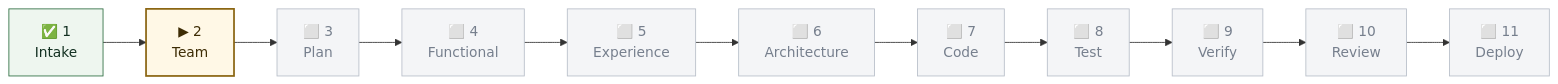
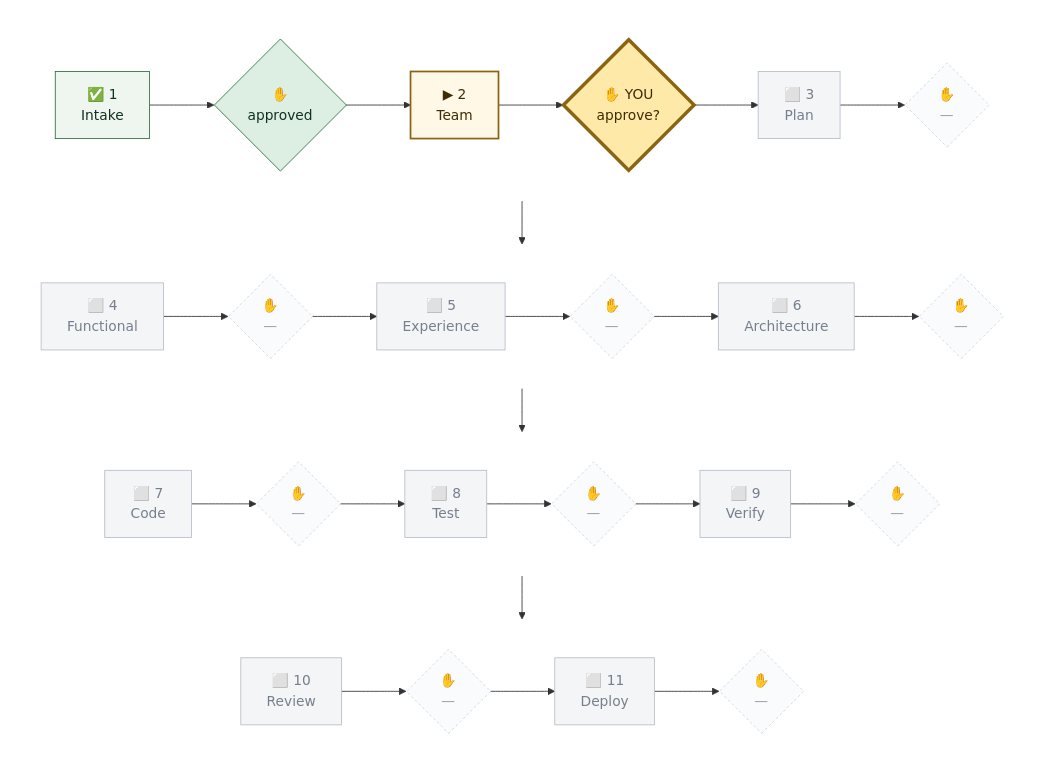
One commit to tandonakhil/AICluadeCode changed the first of 7 diagrams in admin/samples/PIPELINE_WALKTHROUGH.md. Above: the diagram before and after it, drawn with Mermaid. The commit also changed other lines of this file and 5 other files, not shown here.

First line of the commit message:
Graph: wrap at 7 boxes, human checkpoints as activated steps, mandatory control

````diff
--- a/admin/samples/PIPELINE_WALKTHROUGH.md
+++ b/admin/samples/PIPELINE_WALKTHROUGH.md
@@ -68,14 +68,41 @@
 ```mermaid
-flowchart LR
-  G1["✅ 1<br/>Intake"] --> G2["▶ 2<br/>Team"] --> G3["⬜ 3<br/>Plan"]
-  G3 --> G4["⬜ 4<br/>Functional"] --> G5["⬜ 5<br/>Experience"]
-  G5 --> G6["⬜ 6<br/>Architecture"] --> G7["⬜ 7<br/>Code"] --> G8["⬜ 8<br/>Test"]
-  G8 --> G9["⬜ 9<br/>Verify"] --> G10["⬜ 10<br/>Review"] --> G11["⬜ 11<br/>Deploy"]
-
+flowchart TB
+  subgraph r1 [" "]
+    direction LR
+    G1["✅ 1<br/>Intake"] --> H1{"✋<br/>approved"} --> G2["▶ 2<br/>Team"] --> H2{"✋ YOU<br/>approve?"} --> G3["⬜ 3<br/>Plan"] --> H3{"✋<br/>—"}
+  end
+  subgraph r2 [" "]
+    direction LR
+    G4["⬜ 4<br/>Functional"] --> H4{"✋<br/>—"} --> G5["⬜ 5<br/>Experience"] --> H5{"✋<br/>—"} --> G6["⬜ 6<br/>Architecture"] --> H6{"✋<br/>—"}
+  end
+  subgraph r3 [" "]
+    direction LR
+    G7["⬜ 7<br/>Code"] --> H7{"✋<br/>—"} --> G8["⬜ 8<br/>Test"] --> H8{"✋<br/>—"} --> G9["⬜ 9<br/>Verify"] --> H9{"✋<br/>—"}
+  end
+  subgraph r4 [" "]
+    direction LR
+    G10["⬜ 10<br/>Review"] --> H10{"✋<br/>—"} --> G11["⬜ 11<br/>Deploy"] --> H11{"✋<br/>—"}
+  end
+  H3 --> G4
+  H6 --> G7
+  H9 --> G10
   classDef done    fill:#eef6ef,stroke:#2f6f43,color:#123021
   classDef active  fill:#fff8e6,stroke:#8a6410,stroke-width:2px,color:#3d2c04
+  classDef looped  fill:#fdf0ec,stroke:#a3341f,stroke-width:2px,color:#3d1109
+  classDef warn    fill:#fff8e6,stroke:#8a6410,stroke-width:2px,color:#3d2c04
   classDef pending fill:#f4f5f7,stroke:#b8bfc9,color:#767f8d
+  classDef skipped fill:#f4f5f7,stroke:#b8bfc9,color:#767f8d,stroke-dasharray:4 3
+  classDef hdone   fill:#dcefe2,stroke:#2f6f43,color:#123021
+  classDef hwait   fill:#ffe9a8,stroke:#8a6410,stroke-width:4px,color:#3d2c04
+  classDef hpend   fill:#fafbfc,stroke:#cfd5dd,color:#98a1ad,stroke-dasharray:3 3
+  classDef hskip   fill:#fafbfc,stroke:#cfd5dd,color:#98a1ad,stroke-dasharray:3 3
+  classDef hnone   fill:#f8ded7,stroke:#a3341f,stroke-width:3px,color:#3d1109
+  classDef rowbox  fill:none,stroke:none
   class G1 done
+  class H1 hdone
   class G2 active
+  class H2 hwait
   class G3,G4,G5,G6,G7,G8,G9,G10,G11 pending
+  class H3,H4,H5,H6,H7,H8,H9,H10,H11 hpend
+  class r1,r2,r3,r4 rowbox
 ```
````
